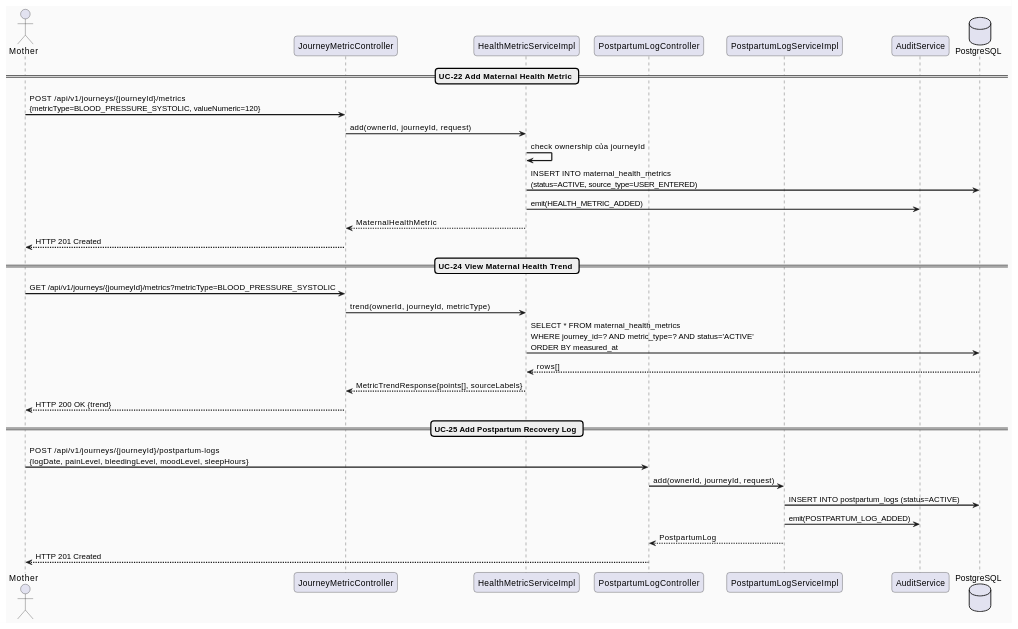
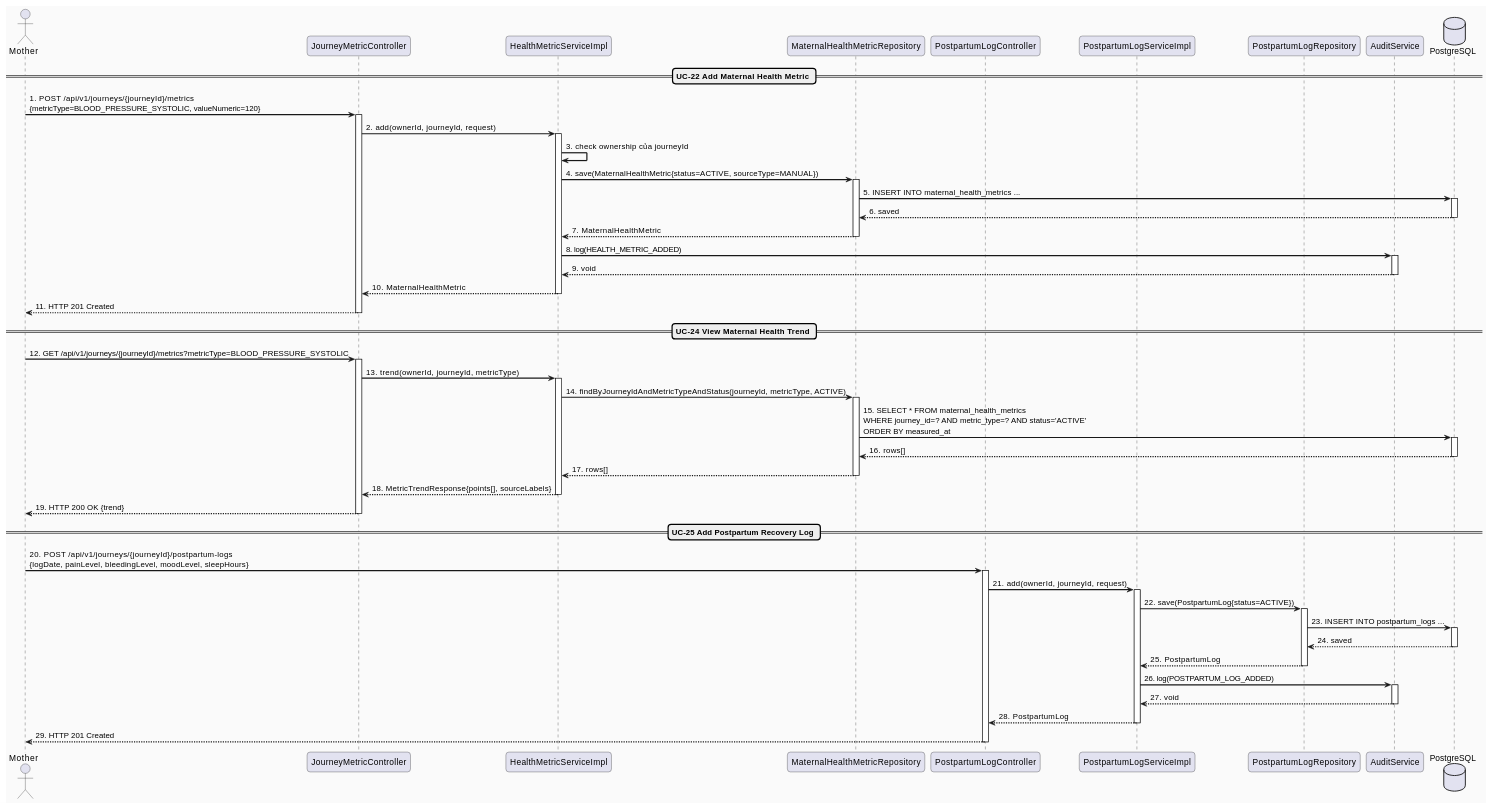
One commit to ChuongBDHE172784/CareBridge_SEP490_G79 changed the second of 3 diagrams in docs/Detailed_Design/MF02_Mother_Care_Journey/02_Maternal_Health_Postpartum_Tracking.md. Above: the diagram before and after it, drawn with PlantUML. The commit also changed 29 other files, not shown here.

Commit message:
feat: add detailed sequence diagrams to documentation and standardize service-layer interaction flows across modules

````diff
--- a/docs/Detailed_Design/MF02_Mother_Care_Journey/02_Maternal_Health_Postpartum_Tracking.md
+++ b/docs/Detailed_Design/MF02_Mother_Care_Journey/02_Maternal_Health_Postpartum_Tracking.md
@@ -137,41 +137,81 @@
 ```plantuml
 @startuml MF02_02_MetricPostpartum_SequenceDiagram
 skinparam sequenceArrowThickness 2
 skinparam roundcorner 10
 skinparam backgroundColor #FAFAFA
 
 actor "Mother" as M
 participant "JourneyMetricController" as MetricController
 participant "HealthMetricServiceImpl" as MetricService
+participant "MaternalHealthMetricRepository" as MetricRepo
 participant "PostpartumLogController" as LogController
 participant "PostpartumLogServiceImpl" as LogService
+participant "PostpartumLogRepository" as LogRepo
 participant "AuditService" as Audit
 database "PostgreSQL" as DB
 
 == UC-22 Add Maternal Health Metric ==
-M -> MetricController : POST /api/v1/journeys/{journeyId}/metrics\n{metricType=BLOOD_PRESSURE_SYSTOLIC, valueNumeric=120}
-MetricController -> MetricService : add(ownerId, journeyId, request)
-MetricService -> MetricService : check ownership của journeyId
-MetricService -> DB : INSERT INTO maternal_health_metrics\n(status=ACTIVE, source_type=USER_ENTERED)
-MetricService -> Audit : emit(HEALTH_METRIC_ADDED)
-MetricService --> MetricController : MaternalHealthMetric
-MetricController --> M : HTTP 201 Created
+M -> MetricController : 1. POST /api/v1/journeys/{journeyId}/metrics\n{metricType=BLOOD_PRESSURE_SYSTOLIC, valueNumeric=120}
+activate MetricController
+MetricController -> MetricService : 2. add(ownerId, journeyId, request)
+activate MetricService
+MetricService -> MetricService : 3. check ownership của journeyId
+MetricService -> MetricRepo : 4. save(MaternalHealthMetric{status=ACTIVE, sourceType=MANUAL})
+activate MetricRepo
+MetricRepo -> DB : 5. INSERT INTO maternal_health_metrics ...
+activate DB
+DB --> MetricRepo : 6. saved
+deactivate DB
+MetricRepo --> MetricService : 7. MaternalHealthMetric
+deactivate MetricRepo
+MetricService -> Audit : 8. log(HEALTH_METRIC_ADDED)
+activate Audit
+Audit --> MetricService : 9. void
+deactivate Audit
+MetricService --> MetricController : 10. MaternalHealthMetric
+deactivate MetricService
+MetricController --> M : 11. HTTP 201 Created
+deactivate MetricController
 
 == UC-24 View Maternal Health Trend ==
-M -> MetricController : GET /api/v1/journeys/{journeyId}/metrics?metricType=BLOOD_PRESSURE_SYSTOLIC
-MetricController -> MetricService : trend(ownerId, journeyId, metricType)
-MetricService -> DB : SELECT * FROM maternal_health_metrics\nWHERE journey_id=? AND metric_type=? AND status='ACTIVE'\nORDER BY measured_at
-DB --> MetricService : rows[]
-MetricService --> MetricController : MetricTrendResponse{points[], sourceLabels}
-MetricController --> M : HTTP 200 OK {trend}
+M -> MetricController : 12. GET /api/v1/journeys/{journeyId}/metrics?metricType=BLOOD_PRESSURE_SYSTOLIC
+activate MetricController
+MetricController -> MetricService : 13. trend(ownerId, journeyId, metricType)
+activate MetricService
+MetricService -> MetricRepo : 14. findByJourneyIdAndMetricTypeAndStatus(journeyId, metricType, ACTIVE)
+activate MetricRepo
+MetricRepo -> DB : 15. SELECT * FROM maternal_health_metrics\nWHERE journey_id=? AND metric_type=? AND status='ACTIVE'\nORDER BY measured_at
+activate DB
+DB --> MetricRepo : 16. rows[]
+deactivate DB
+MetricRepo --> MetricService : 17. rows[]
+deactivate MetricRepo
+MetricService --> MetricController : 18. MetricTrendResponse{points[], sourceLabels}
+deactivate MetricService
+MetricController --> M : 19. HTTP 200 OK {trend}
+deactivate MetricController
 
 == UC-25 Add Postpartum Recovery Log ==
-M -> LogController : POST /api/v1/journeys/{journeyId}/postpartum-logs\n{logDate, painLevel, bleedingLevel, moodLevel, sleepHours}
-LogController -> LogService : add(ownerId, journeyId, request)
-LogService -> DB : INSERT INTO postpartum_logs (status=ACTIVE)
-LogService -> Audit : emit(POSTPARTUM_LOG_ADDED)
-LogService --> LogController : PostpartumLog
-LogController --> M : HTTP 201 Created
+M -> LogController : 20. POST /api/v1/journeys/{journeyId}/postpartum-logs\n{logDate, painLevel, bleedingLevel, moodLevel, sleepHours}
+activate LogController
+LogController -> LogService : 21. add(ownerId, journeyId, request)
+activate LogService
+LogService -> LogRepo : 22. save(PostpartumLog{status=ACTIVE})
+activate LogRepo
+LogRepo -> DB : 23. INSERT INTO postpartum_logs ...
+activate DB
+DB --> LogRepo : 24. saved
+deactivate DB
+LogRepo --> LogService : 25. PostpartumLog
+deactivate LogRepo
+LogService -> Audit : 26. log(POSTPARTUM_LOG_ADDED)
+activate Audit
+Audit --> LogService : 27. void
+deactivate Audit
+LogService --> LogController : 28. PostpartumLog
+deactivate LogService
+LogController --> M : 29. HTTP 201 Created
+deactivate LogController
 
 @enduml
 ```
````
